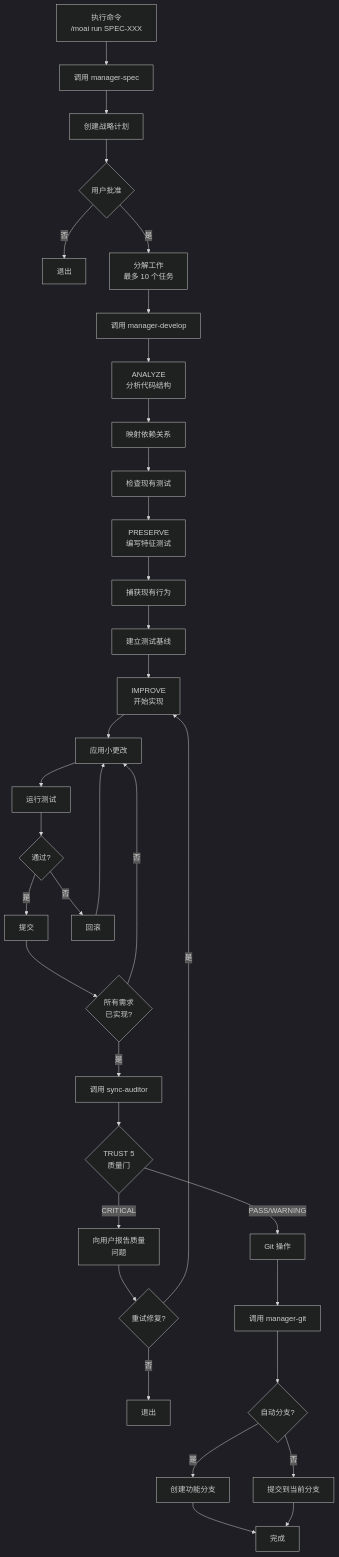
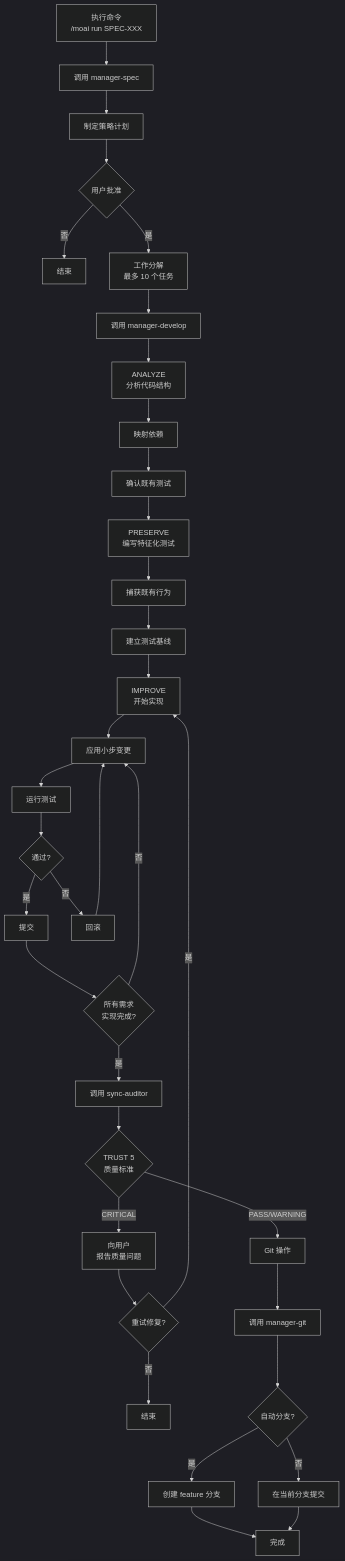
The second of 2 diagrams in docs-site/content/zh/workflow-commands/moai-run.md (modu-ai/moai-adk), drawn with Mermaid (dark theme) before and after one commit. The commit also changed other lines of this file and 395 other files, not shown here.

````diff
--- a/docs-site/content/zh/workflow-commands/moai-run.md
+++ b/docs-site/content/zh/workflow-commands/moai-run.md
@@ -114,45 +117,45 @@
 ```mermaid
 flowchart TD
     A["执行命令<br/>/moai run SPEC-XXX"] --> B["调用 manager-spec"]
-    B --> C["创建战略计划"]
+    B --> C["制定策略计划"]
 
     C --> D{"用户批准"}
-    D -->|否| E["退出"]
-    D -->|是| F["分解工作<br/>最多 10 个任务"]
+    D -->|否| E["结束"]
+    D -->|是| F["工作分解<br/>最多 10 个任务"]
 
     F --> G["调用 manager-develop"]
     G --> H["ANALYZE<br/>分析代码结构"]
-    H --> I["映射依赖关系"]
-    I --> J["检查现有测试"]
+    H --> I["映射依赖"]
+    I --> J["确认既有测试"]
 
-    J --> K["PRESERVE<br/>编写特征测试"]
-    K --> L["捕获现有行为"]
+    J --> K["PRESERVE<br/>编写特征化测试"]
+    K --> L["捕获既有行为"]
     L --> M["建立测试基线"]
 
     M --> N["IMPROVE<br/>开始实现"]
-    N --> O["应用小更改"]
+    N --> O["应用小步变更"]
     O --> P["运行测试"]
     P --> Q{"通过?"}
     Q -->|是| R["提交"]
-    R --> S{"所有需求<br/>已实现?"}
+    R --> S{"所有需求<br/>实现完成?"}
     S -->|否| O
     S -->|是| T["调用 sync-auditor"]
 
     Q -->|否| U["回滚"]
     U --> O
 
-    T --> V{"TRUST 5<br/>质量门"}
-    V -->|CRITICAL| W["向用户报告质量<br/>问题"]
+    T --> V{"TRUST 5<br/>质量标准"}
+    V -->|CRITICAL| W["向用户<br/>报告质量问题"]
     V -->|PASS/WARNING| X["Git 操作"]
 
     W --> Y{"重试修复?"}
     Y -->|是| N
-    Y -->|否| Z["退出"]
+    Y -->|否| Z["结束"]
 
     X --> AA["调用 manager-git"]
     AA --> AB{"自动分支?"}
-    AB -->|是| AC["创建功能分支"]
-    AB -->|否| AD["提交到当前分支"]
+    AB -->|是| AC["创建 feature 分支"]
+    AB -->|否| AD["在当前分支提交"]
     AC --> AE["完成"]
     AD --> AE
 ```
````
